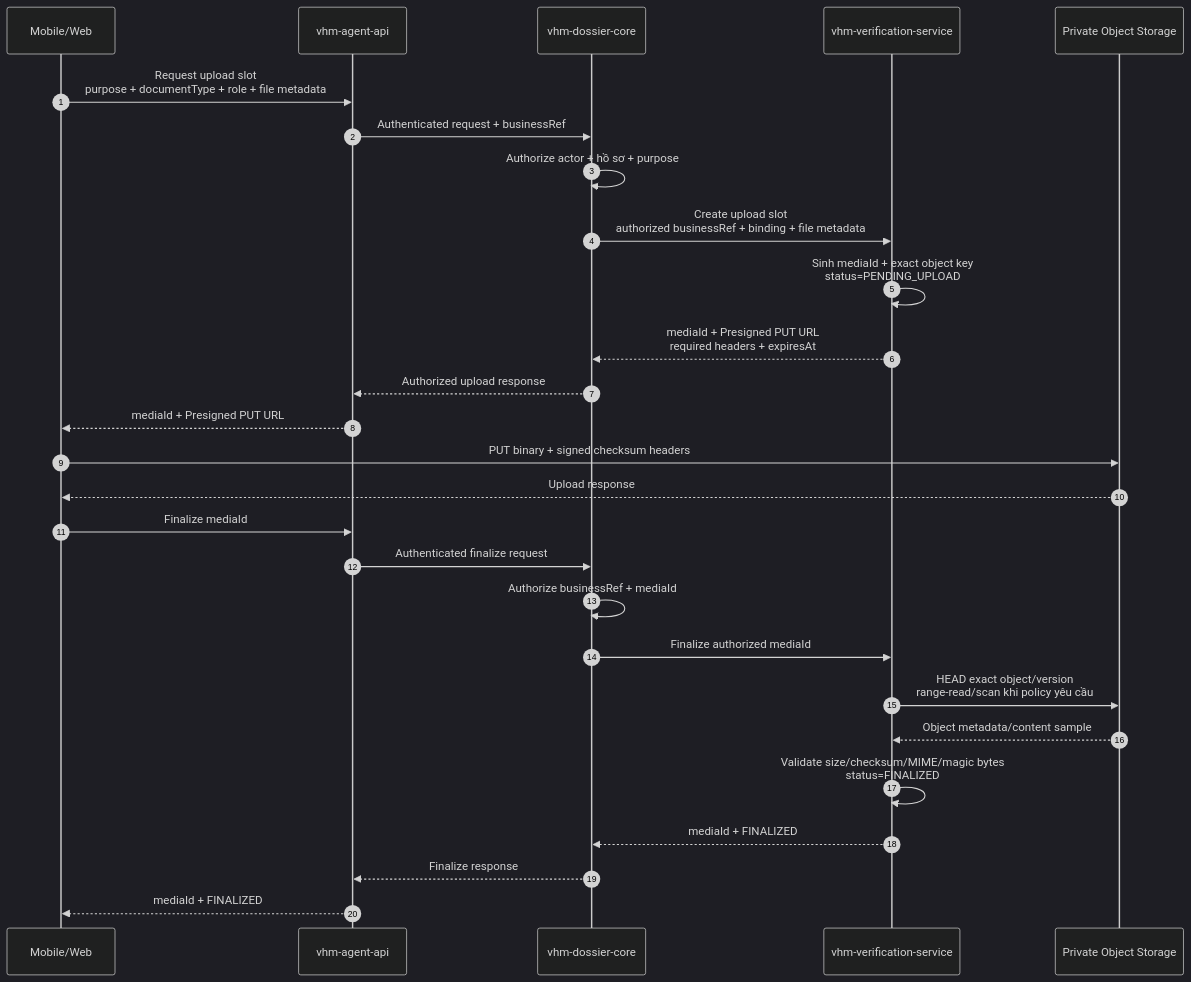
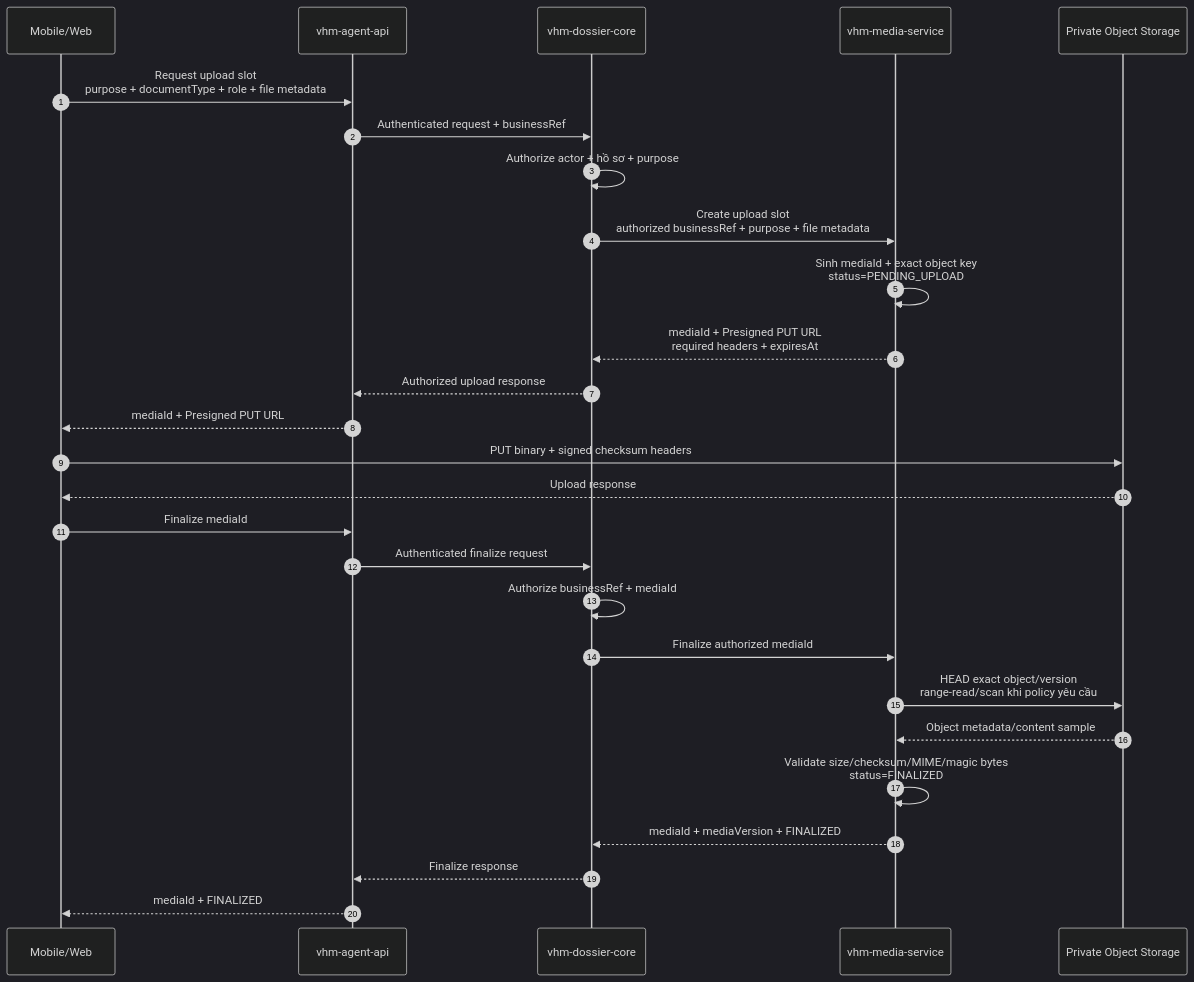
The third of 8 diagrams in noxh.md (huynv-xyz/vhm), drawn with Mermaid (dark theme) before and after one commit. The commit also changed other lines of this file, not shown here.

````diff
--- a/noxh.md
+++ b/noxh.md
@@ -157,32 +168,32 @@
 ```mermaid
 sequenceDiagram
     autonumber
     participant CLIENT as Mobile/Web
     participant BFF as vhm-agent-api
     participant DOSSIER as vhm-dossier-core
-    participant VERIFY as vhm-verification-service
+    participant MEDIA_API as vhm-media-service
     participant MEDIA as Private Object Storage
 
     CLIENT->>BFF: Request upload slot<br/>purpose + documentType + role + file metadata
     BFF->>DOSSIER: Authenticated request + businessRef
     DOSSIER->>DOSSIER: Authorize actor + hồ sơ + purpose
-    DOSSIER->>VERIFY: Create upload slot<br/>authorized businessRef + binding + file metadata
-    VERIFY->>VERIFY: Sinh mediaId + exact object key<br/>status=PENDING_UPLOAD
-    VERIFY-->>DOSSIER: mediaId + Presigned PUT URL<br/>required headers + expiresAt
+    DOSSIER->>MEDIA_API: Create upload slot<br/>authorized businessRef + purpose + file metadata
+    MEDIA_API->>MEDIA_API: Sinh mediaId + exact object key<br/>status=PENDING_UPLOAD
+    MEDIA_API-->>DOSSIER: mediaId + Presigned PUT URL<br/>required headers + expiresAt
     DOSSIER-->>BFF: Authorized upload response
     BFF-->>CLIENT: mediaId + Presigned PUT URL
 
     CLIENT->>MEDIA: PUT binary + signed checksum headers
     MEDIA-->>CLIENT: Upload response
 
     CLIENT->>BFF: Finalize mediaId
     BFF->>DOSSIER: Authenticated finalize request
     DOSSIER->>DOSSIER: Authorize businessRef + mediaId
-    DOSSIER->>VERIFY: Finalize authorized mediaId
-    VERIFY->>MEDIA: HEAD exact object/version<br/>range-read/scan khi policy yêu cầu
-    MEDIA-->>VERIFY: Object metadata/content sample
-    VERIFY->>VERIFY: Validate size/checksum/MIME/magic bytes<br/>status=FINALIZED
-    VERIFY-->>DOSSIER: mediaId + FINALIZED
+    DOSSIER->>MEDIA_API: Finalize authorized mediaId
+    MEDIA_API->>MEDIA: HEAD exact object/version<br/>range-read/scan khi policy yêu cầu
+    MEDIA-->>MEDIA_API: Object metadata/content sample
+    MEDIA_API->>MEDIA_API: Validate size/checksum/MIME/magic bytes<br/>status=FINALIZED
+    MEDIA_API-->>DOSSIER: mediaId + mediaVersion + FINALIZED
     DOSSIER-->>BFF: Finalize response
     BFF-->>CLIENT: mediaId + FINALIZED
 ```
````
